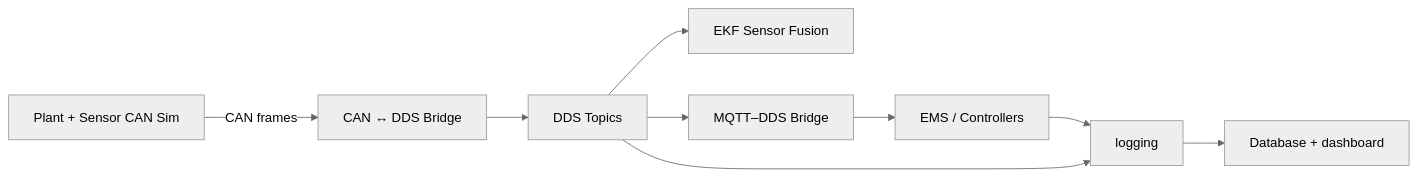
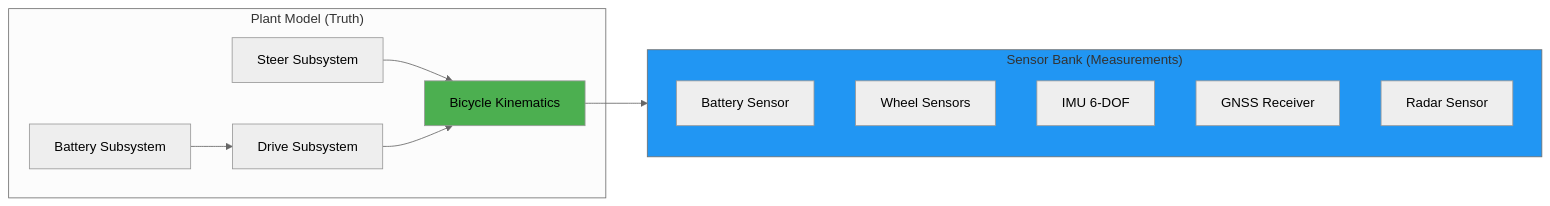
One commit to mtilocca/vehicle-Dynamics-Sim-Can changed the second of 3 diagrams in README.md. Above: the diagram before and after it, drawn with Mermaid (neutral theme). The commit also changed other lines of this file and 7 other files, not shown here.

````diff
--- a/README.md
+++ b/README.md
@@ -211,11 +68,25 @@
 ```mermaid
 flowchart LR
-SIM[Plant + Sensor CAN Sim] -->|CAN frames| BRIDGE[CAN ↔ DDS Bridge]
-BRIDGE --> DDS[DDS Topics]
-DDS --> EKF[EKF Sensor Fusion]
-DDS --> MQTT[MQTT–DDS Bridge]
-MQTT --> EMS[EMS / Controllers]
-EMS --> logging[logging]
-DDS --> logging
-logging --> Database[Database + dashboard]
+    subgraph PlantModel["Plant Model (Truth)"]
+        STEER[Steer Subsystem]
+        DRIVE[Drive Subsystem]
+        BATTERY[Battery Subsystem]
+        KINEMATICS[Bicycle Kinematics]
+    end
+    
+    subgraph SensorBank["Sensor Bank (Measurements)"]
+        BATT_S[Battery Sensor]
+        WHEEL_S[Wheel Sensors]
+        IMU_S[IMU 6-DOF]
+        GNSS_S[GNSS Receiver]
+        RADAR_S[Radar Sensor]
+    end
+    
+    STEER --> KINEMATICS
+    DRIVE --> KINEMATICS
+    BATTERY --> DRIVE
+    KINEMATICS --> SensorBank
+    
+    style KINEMATICS fill:#4CAF50
+    style SensorBank fill:#2196F3
 ```
````
